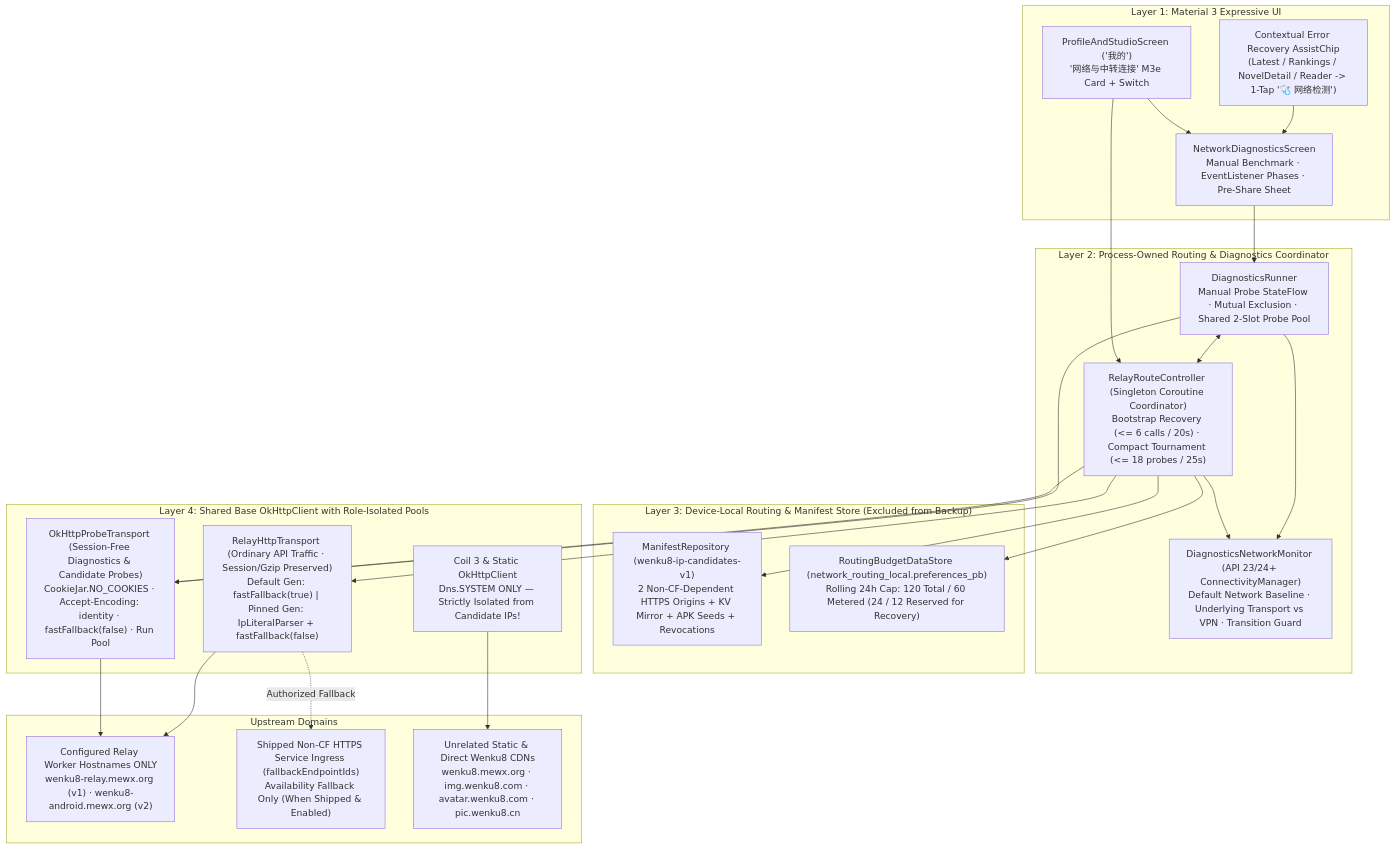
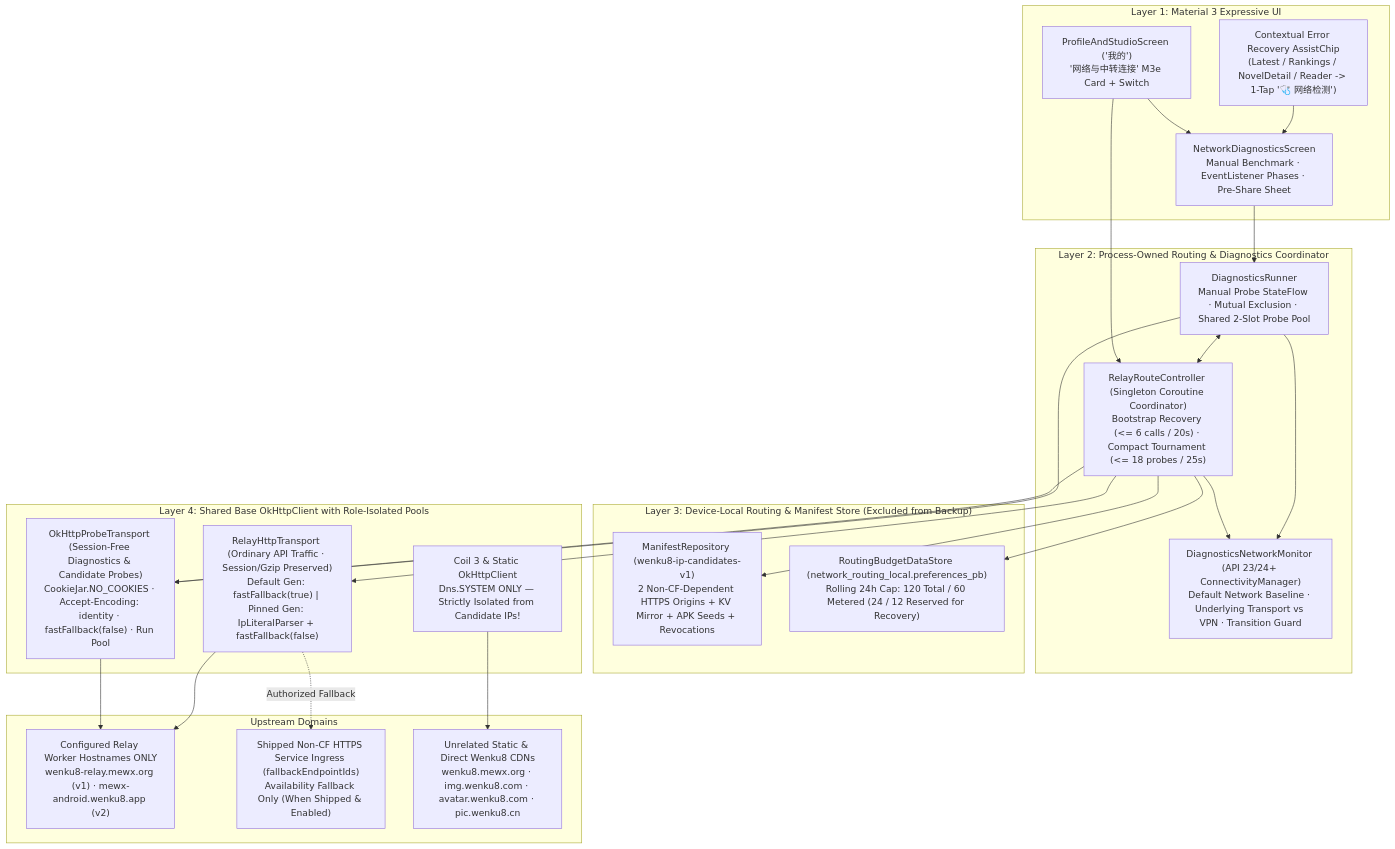
The diagram in docs/designs/v2/11-network-diagnostics-and-auto-routing-ui.md (MewX/light-novel-library_Wenku8_Android), drawn with Mermaid before and after one commit. The commit also changed other lines of this file and 8 other files, not shown here.

Commit message:
feat(v2): switch v2 relay hostname to mewx-android.wenku8.app across app-v2, CI, and docs

````diff
--- a/docs/designs/v2/11-network-diagnostics-and-auto-routing-ui.md
+++ b/docs/designs/v2/11-network-diagnostics-and-auto-routing-ui.md
@@ -24,48 +24,48 @@
 ```mermaid
 flowchart TB
     subgraph UI["Layer 1: Material 3 Expressive UI"]
         ProfileCard["ProfileAndStudioScreen ('我的')\n'网络与中转连接' M3e Card + Switch"]
         DiagScreen["NetworkDiagnosticsScreen\nManual Benchmark · EventListener Phases · Pre-Share Sheet"]
         ErrorChip["Contextual Error Recovery AssistChip\n(Latest / Rankings / NovelDetail / Reader -> 1-Tap '🩺 网络检测')"]
     end
 
     subgraph Controller["Layer 2: Process-Owned Routing & Diagnostics Coordinator"]
         RRC["RelayRouteController (Singleton Coroutine Coordinator)\nBootstrap Recovery (<= 6 calls / 20s) · Compact Tournament (<= 18 probes / 25s)"]
         DR["DiagnosticsRunner\nManual Probe StateFlow · Mutual Exclusion · Shared 2-Slot Probe Pool"]
         NM["DiagnosticsNetworkMonitor (API 23/24+ ConnectivityManager)\nDefault Network Baseline · Underlying Transport vs VPN · Transition Guard"]
     end
 
     subgraph Persistence["Layer 3: Device-Local Routing & Manifest Store (Excluded from Backup)"]
         MR["ManifestRepository (wenku8-ip-candidates-v1)\n2 Non-CF-Dependent HTTPS Origins + KV Mirror + APK Seeds + Revocations"]
         BS["RoutingBudgetDataStore (network_routing_local.preferences_pb)\nRolling 24h Cap: 120 Total / 60 Metered (24 / 12 Reserved for Recovery)"]
     end
 
     subgraph Transport["Layer 4: Shared Base OkHttpClient with Role-Isolated Pools"]
         OPT["OkHttpProbeTransport (Session-Free Diagnostics & Candidate Probes)\nCookieJar.NO_COOKIES · Accept-Encoding: identity · fastFallback(false) · Run Pool"]
         RHT["RelayHttpTransport (Ordinary API Traffic · Session/Gzip Preserved)\nDefault Gen: fastFallback(true) | Pinned Gen: IpLiteralParser + fastFallback(false)"]
         CoilClient["Coil 3 & Static OkHttpClient\nDns.SYSTEM ONLY — Strictly Isolated from Candidate IPs!"]
     end
 
     subgraph Upstreams["Upstream Domains"]
-        RelayHosts["Configured Relay Worker Hostnames ONLY\nwenku8-relay.mewx.org (v1) · wenku8-android.mewx.org (v2)"]
+        RelayHosts["Configured Relay Worker Hostnames ONLY\nwenku8-relay.mewx.org (v1) · mewx-android.wenku8.app (v2)"]
         Gateway["Shipped Non-CF HTTPS Service Ingress (fallbackEndpointIds)\nAvailability Fallback Only (When Shipped & Enabled)"]
         DirectCDNs["Unrelated Static & Direct Wenku8 CDNs\nwenku8.mewx.org · img.wenku8.com · avatar.wenku8.com · pic.wenku8.cn"]
     end
 
     ProfileCard --> RRC
     ProfileCard --> DiagScreen
     ErrorChip --> DiagScreen
     DiagScreen --> DR
     DR <--> RRC
     RRC --> NM
     DR --> NM
     RRC --> MR
     RRC --> BS
     RRC --> OPT
     RRC --> RHT
     DR --> OPT
     OPT --> RelayHosts
     RHT --> RelayHosts
     RHT -.->|Authorized Fallback| Gateway
     CoilClient --> DirectCDNs
 ```
````
